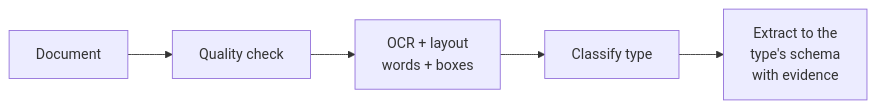
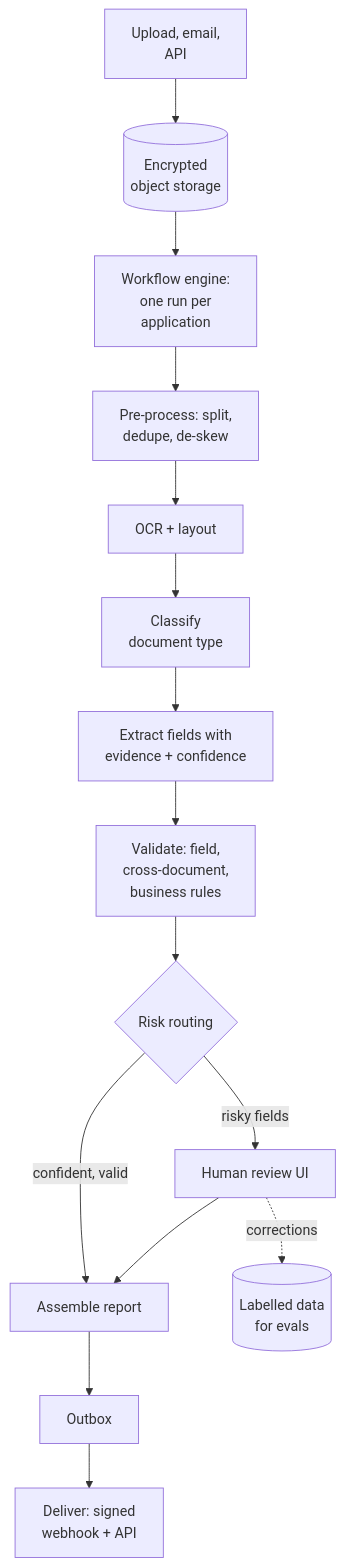
The first of 3 diagrams in src/Data/aiStackDocs/DP-08.md (shubamchaudhary/CodeNITW), drawn with Mermaid before and after one commit. The commit also changed other lines of this file and 52 other files, not shown here.

````diff
--- a/src/Data/aiStackDocs/DP-08.md
+++ b/src/Data/aiStackDocs/DP-08.md
@@ -77,7 +31,17 @@
 ```mermaid
-flowchart LR
-    D["Document"] --> QC["Quality check"]
-    QC --> OCR["OCR + layout<br/>words + boxes"]
-    OCR --> CL["Classify type"]
-    CL --> EX["Extract to the<br/>type's schema<br/>with evidence"]
+flowchart TD
+    IN["Upload, email,<br/>API"] --> ST[("Encrypted<br/>object storage")]
+    ST --> WF["Workflow engine:<br/>one run per<br/>application"]
+    WF --> PP["Pre-process: split,<br/>dedupe, de-skew"]
+    PP --> OC["OCR + layout"]
+    OC --> CL["Classify<br/>document type"]
+    CL --> EX["Extract fields with<br/>evidence + confidence"]
+    EX --> VA["Validate: field,<br/>cross-document,<br/>business rules"]
+    VA --> RT{"Risk routing"}
+    RT -->|"confident, valid"| RP["Assemble report"]
+    RT -->|"risky fields"| HR["Human review UI"]
+    HR --> RP
+    RP --> OB["Outbox"]
+    OB --> DV["Deliver: signed<br/>webhook + API"]
+    HR -.->|"corrections"| LB[("Labelled data<br/>for evals")]
 ```
````
